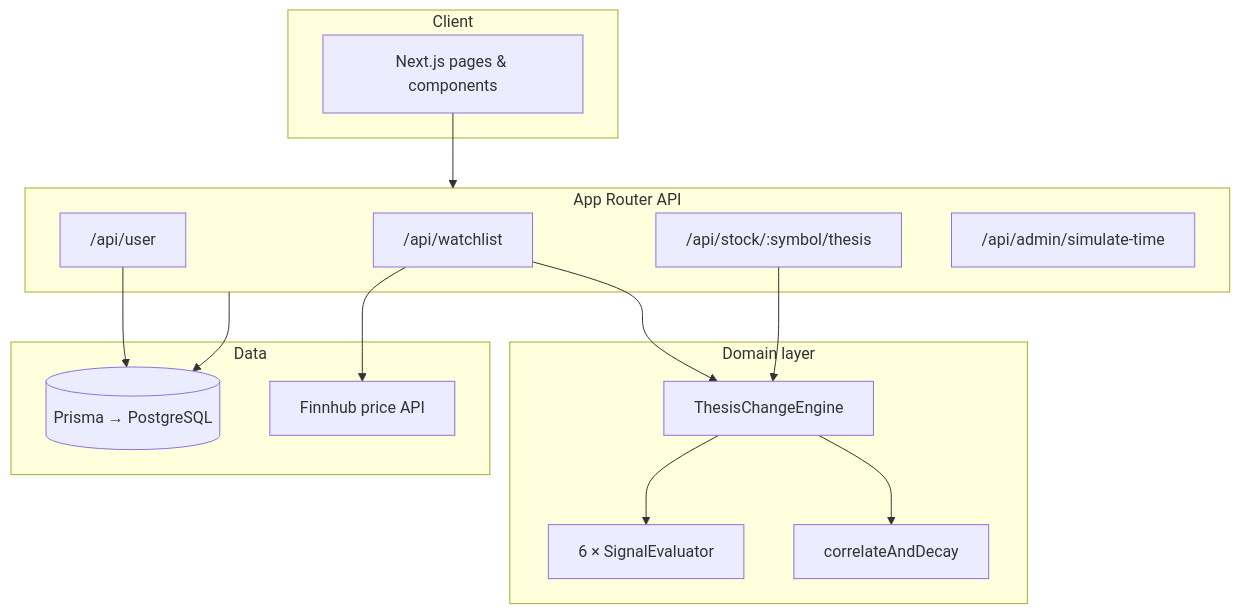
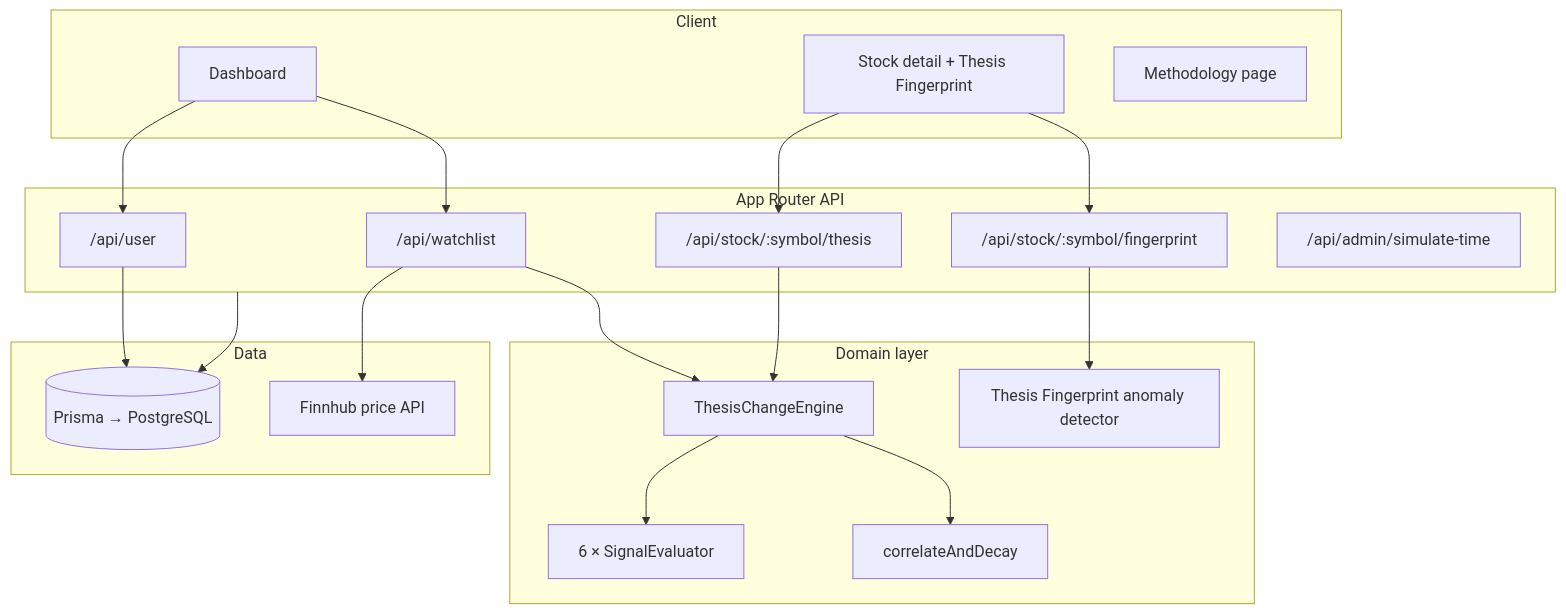
Before and after one commit to Adhithi02/Undertow: the diagram in README.md, drawn with Mermaid. The commit also changed other lines of this file and 8 other files, not shown here.

````diff
--- a/README.md
+++ b/README.md
@@ -39,33 +39,41 @@
 ```mermaid
 flowchart TB
   subgraph Client
-    UI[Next.js pages & components]
+    Dashboard[Dashboard]
+    Detail[Stock detail + Thesis Fingerprint]
+    Guide[Methodology page]
   end
 
   subgraph API["App Router API"]
     User["/api/user"]
     Watchlist["/api/watchlist"]
     Thesis["/api/stock/:symbol/thesis"]
+    Fingerprint["/api/stock/:symbol/fingerprint"]
     Simulate["/api/admin/simulate-time"]
   end
 
   subgraph Core["Domain layer"]
     Engine[ThesisChangeEngine]
     Evaluators[6 × SignalEvaluator]
     Correlate[correlateAndDecay]
+    Anomaly[Thesis Fingerprint anomaly detector]
   end
 
   subgraph Data
     Prisma[(Prisma → PostgreSQL)]
     Finnhub[Finnhub price API]
   end
 
-  UI --> API
+  Dashboard --> Watchlist
+  Dashboard --> User
+  Detail --> Thesis
+  Detail --> Fingerprint
   Watchlist --> Engine
   Thesis --> Engine
   Engine --> Evaluators
   Engine --> Correlate
+  Fingerprint --> Anomaly
   API --> Prisma
   Watchlist --> Finnhub
   User --> Prisma
 ```
````
